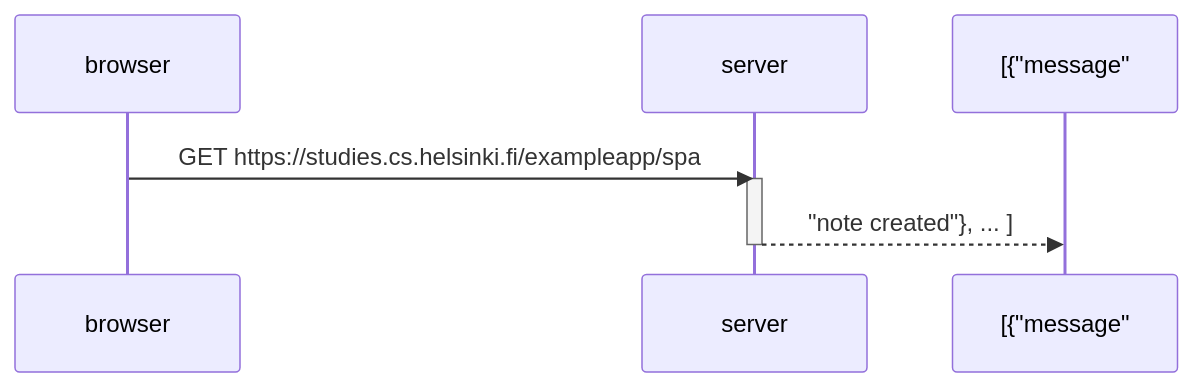
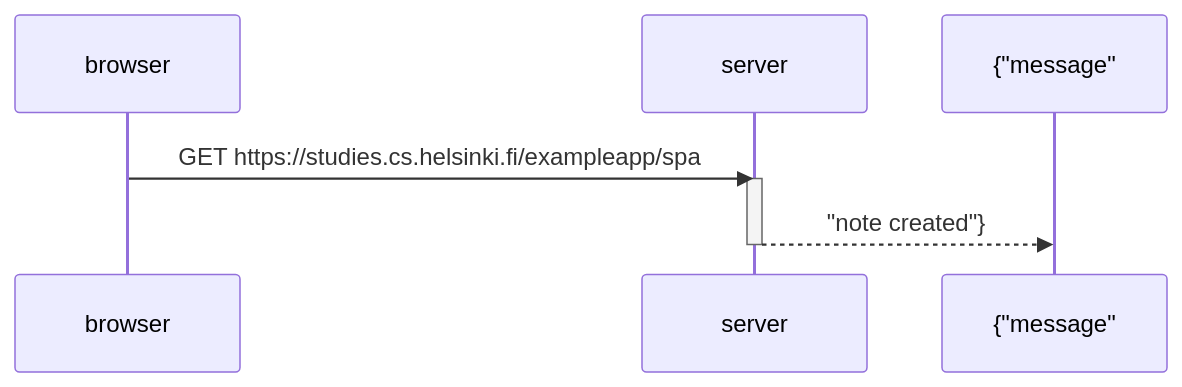
Before and after one commit to DwighttSchrutee/my-fullstack-open-submissions: the diagram in part0/single-page06.md, drawn with Mermaid.

Commit message:
Another final revision for file 3

````diff
--- a/part0/single-page06.md
+++ b/part0/single-page06.md
@@ -1,10 +1,10 @@
 ```mermaid
 sequenceDiagram
 participant browser
 participant server
 browser->>server: GET https://studies.cs.helsinki.fi/exampleapp/spa
     activate server
-    server-->>[{"message":"note created"}, ... ]
+server-->>{"message":"note created"}
 
     deactivate server
 ```
````
